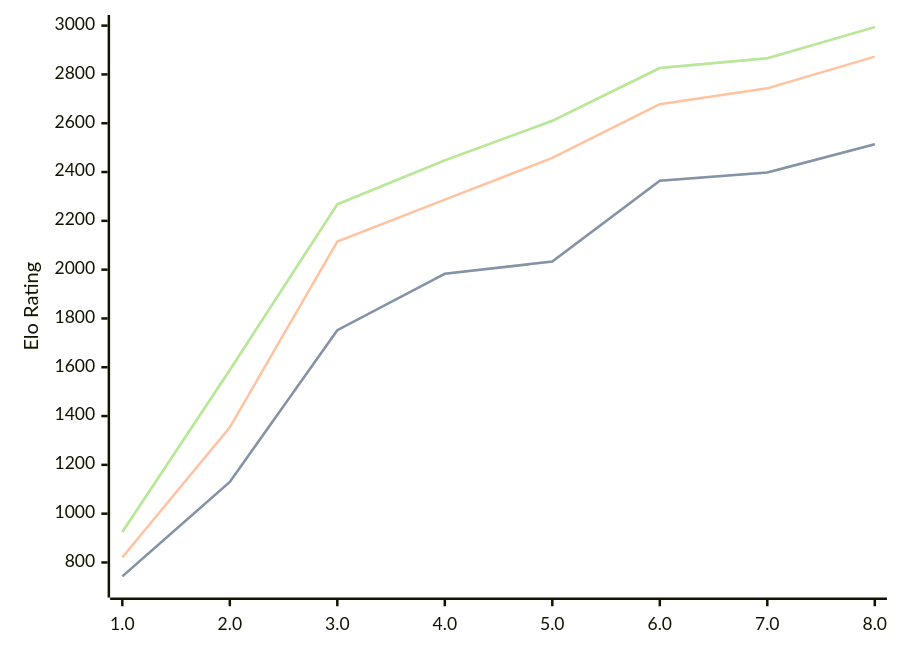
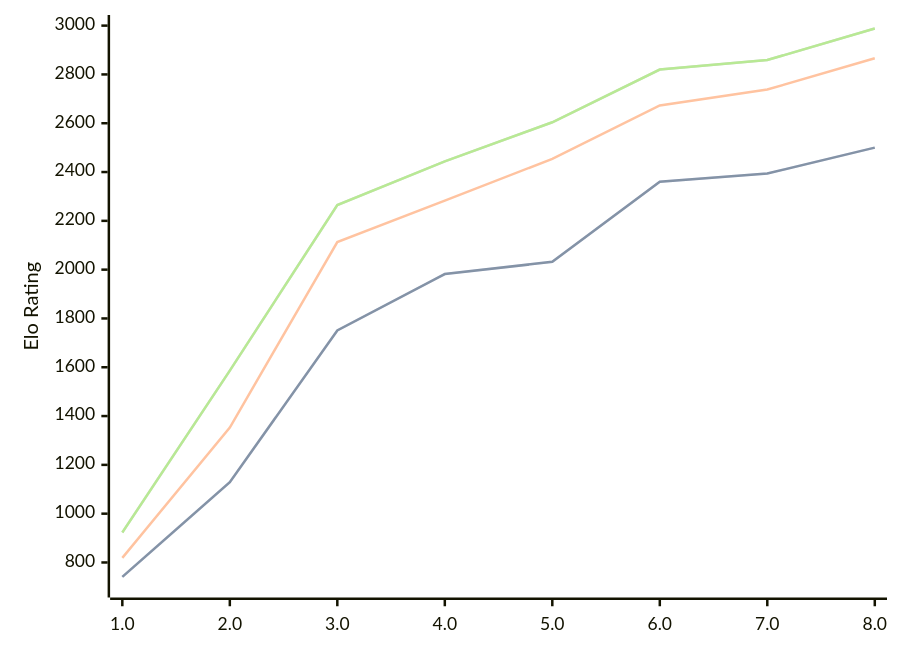
Before and after one commit to computer-chess-index/cci: the diagram in engines/Pea.md, drawn with Mermaid. The commit also changed other lines of this file, not shown here.

Commit message:
Update CCI Ratings (ELO VLTC) - 2026-05-18

````diff
--- a/engines/Pea.md
+++ b/engines/Pea.md
@@ -38,11 +38,11 @@
 ```mermaid
 %%{init: {"theme":"base","themeVariables":{"seriesColors:['#a3a3a3','#222221','#faa371']}}}%%
 xychart-beta
   x-axis ["1.0", "2.0", "3.0", "4.0", "5.0", "6.0", "7.0", "8.0"]
   y-axis "Elo Rating" 700 --> 3000
-  line "STC (8.0+0.08s)" [743, 1130, 1752, 1983, 2033, 2364, 2398, 2514]
-  line "STC (8.0+0.08s)" [743, 1130, 1752, 1983, 2033, 2364, 2398, 2514]
-  line "LTC (60.0+0.60s)" [821, 1354, 2115, 2287, 2458, 2678, 2743, 2873]
-  line "VLTC (2m24s+1.12s)" [925, 1589, 2268, 2448, 2610, 2826, 2866, 2994]
-  line "VLTC (2m24s+1.12s)" [925, 1589, 2268, 2448, 2610, 2826, 2866, 2994]
+  line "STC (8.0+0.08s)" [741, 1129, 1751, 1982, 2032, 2360, 2394, 2500]
+  line "STC (8.0+0.08s)" [741, 1129, 1751, 1982, 2032, 2360, 2394, 2500]
+  line "LTC (60.0+0.60s)" [819, 1353, 2113, 2283, 2454, 2673, 2738, 2866]
+  line "VLTC (2m24s+1.12s)" [923, 1586, 2265, 2444, 2604, 2820, 2859, 2988]
+  line "VLTC (2m24s+1.12s)" [923, 1586, 2265, 2444, 2604, 2820, 2859, 2988]
 ```
````
